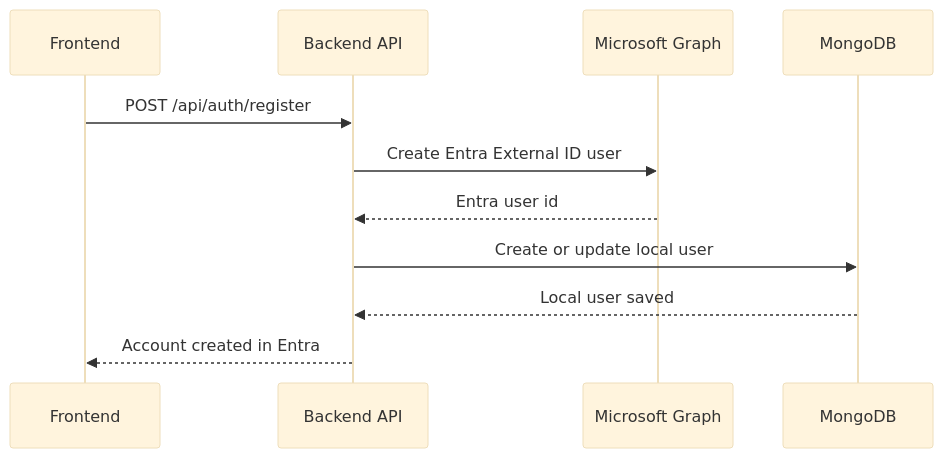
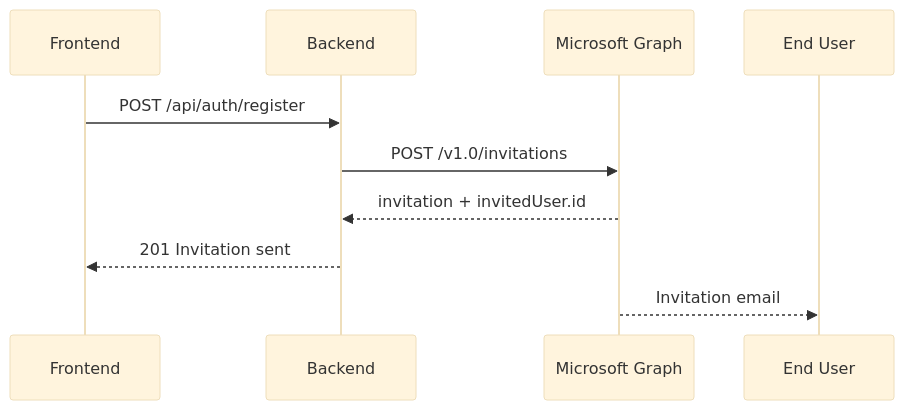
Before and after one commit to bhavinks84/entralogin-main: the first of 2 diagrams in AUTH_PROCESS_FLOW.md, drawn with Mermaid (base theme). The commit also changed other lines of this file and 14 other files, not shown here.

````diff
--- a/AUTH_PROCESS_FLOW.md
+++ b/AUTH_PROCESS_FLOW.md
@@ -43,14 +26,13 @@
 ```mermaid
 sequenceDiagram
     participant UI as Frontend
-    participant API as Backend API
+    participant API as Backend
     participant Graph as Microsoft Graph
-    participant DB as MongoDB
+    participant User as End User
 
     UI->>API: POST /api/auth/register
-    API->>Graph: Create Entra External ID user
-    Graph-->>API: Entra user id
-    API->>DB: Create or update local user
-    DB-->>API: Local user saved
-    API-->>UI: Account created in Entra
+    API->>Graph: POST /v1.0/invitations
+    Graph-->>API: invitation + invitedUser.id
+    API-->>UI: 201 Invitation sent
+    Graph-->>User: Invitation email
 ```
````
